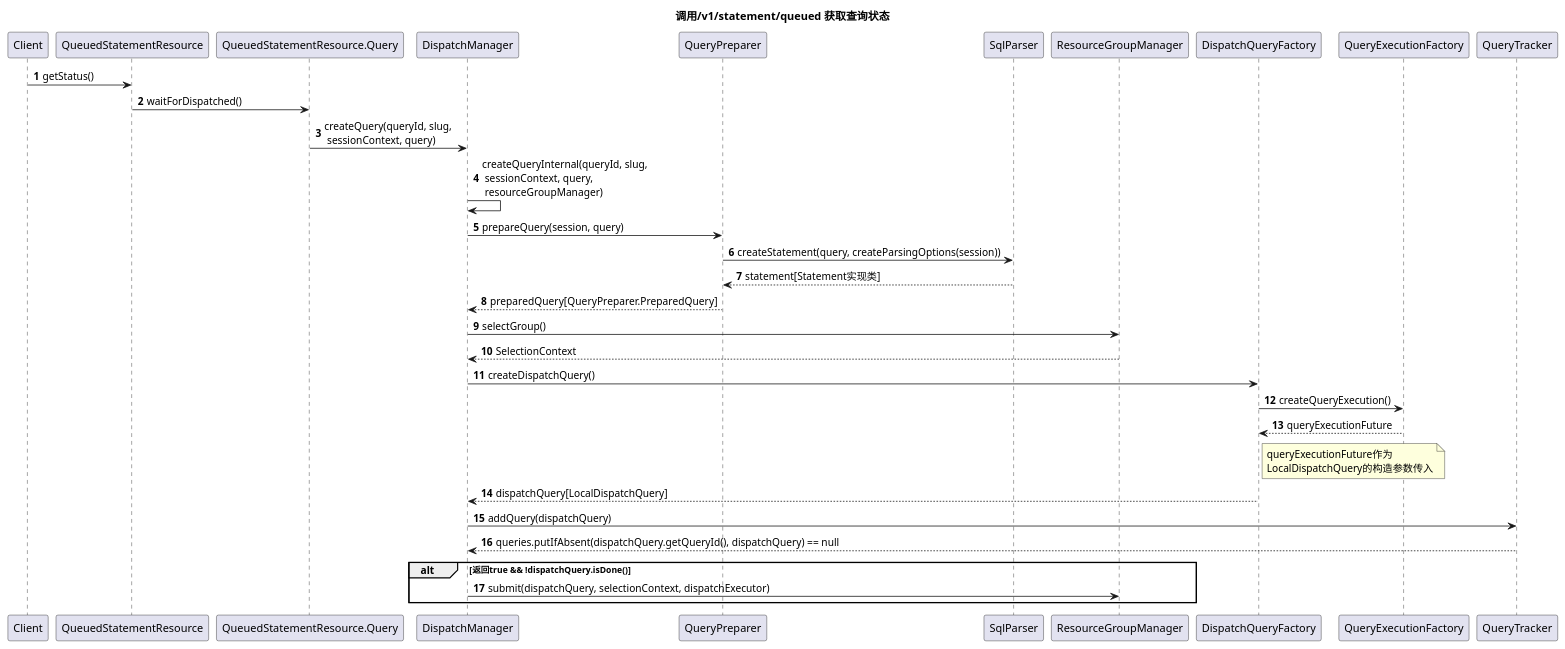
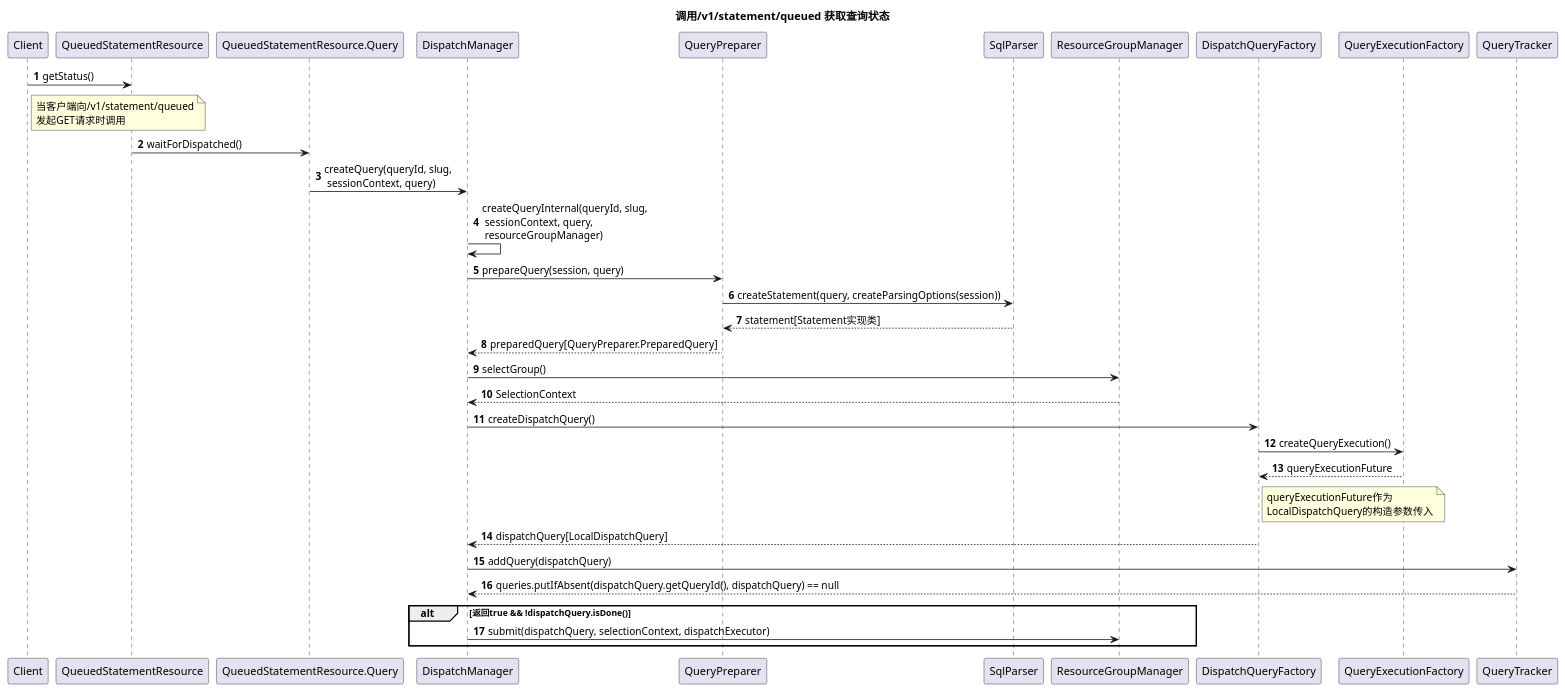
The second of 3 diagrams in trino/uml/trino_query_accept.puml (pyh8023/study), drawn with PlantUML before and after one commit. The commit also changed other lines of this file and 349 other files, not shown here.

```diff
--- a/trino/uml/trino_query_accept.puml
+++ b/trino/uml/trino_query_accept.puml
@@ -22,27 +26,31 @@
 @startuml
 title 调用/v1/statement/queued 获取查询状态
 autonumber
 Client -> QueuedStatementResource: getStatus()
+note right of Client
+  当客户端向/v1/statement/queued
+  发起GET请求时调用
+end note
 QueuedStatementResource -> QueuedStatementResource.Query: waitForDispatched()
 QueuedStatementResource.Query -> DispatchManager: createQuery(queryId, slug, \n sessionContext, query)
 DispatchManager -> DispatchManager: createQueryInternal(queryId, slug,\n sessionContext, query,\n resourceGroupManager)
 DispatchManager -> QueryPreparer: prepareQuery(session, query)
 QueryPreparer -> SqlParser: createStatement(query, createParsingOptions(session))
 return statement[Statement实现类]
 DispatchManager <-- QueryPreparer : preparedQuery[QueryPreparer.PreparedQuery]
 DispatchManager -> ResourceGroupManager: selectGroup()
 DispatchManager <-- ResourceGroupManager: SelectionContext
 DispatchManager -> DispatchQueryFactory: createDispatchQuery()
 DispatchQueryFactory -> QueryExecutionFactory: createQueryExecution()
 return queryExecutionFuture
 note right of DispatchQueryFactory
 queryExecutionFuture作为
 LocalDispatchQuery的构造参数传入
 end note
 DispatchManager <-- DispatchQueryFactory: dispatchQuery[LocalDispatchQuery]
 DispatchManager -> QueryTracker: addQuery(dispatchQuery)
 QueryTracker --> DispatchManager: queries.putIfAbsent(dispatchQuery.getQueryId(), dispatchQuery) == null
 alt 返回true && !dispatchQuery.isDone()
 DispatchManager -> ResourceGroupManager: submit(dispatchQuery, selectionContext, dispatchExecutor)
 end
 @enduml
```
